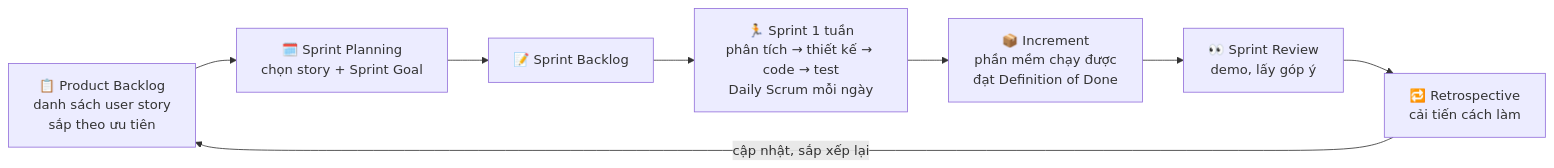
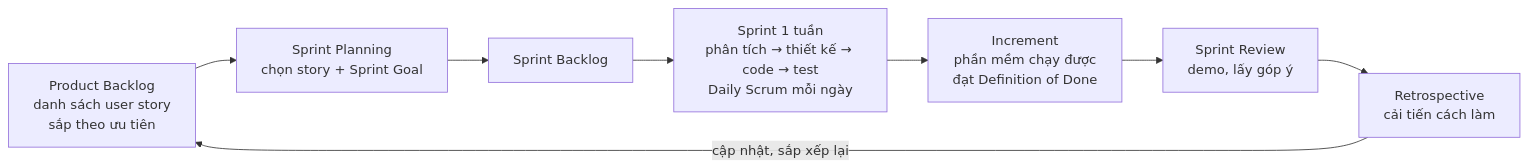
Before and after one commit to quangphuoc73/Phan_Mem_Quan_Ly_Test_Cases: the first of 3 diagrams in docs/00a_QuyTrinhAgile.md, drawn with Mermaid. The commit also changed 14 other files, not shown here.

First line of the commit message:
docs: vẽ lại ERD bằng draw.io từ schema.sql, đơn giản giao diện báo cáo

````diff
--- a/docs/00a_QuyTrinhAgile.md
+++ b/docs/00a_QuyTrinhAgile.md
@@ -27,10 +27,10 @@
 ```mermaid
 flowchart LR
-    PB["📋 Product Backlog<br/>danh sách user story<br/>sắp theo ưu tiên"] --> SP["🗓️ Sprint Planning<br/>chọn story + Sprint Goal"]
-    SP --> SB["📝 Sprint Backlog"]
-    SB --> S["🏃 Sprint 1 tuần<br/>phân tích → thiết kế → code → test<br/>Daily Scrum mỗi ngày"]
-    S --> INC["📦 Increment<br/>phần mềm chạy được<br/>đạt Definition of Done"]
-    INC --> RV["👀 Sprint Review<br/>demo, lấy góp ý"]
-    RV --> RT["🔁 Retrospective<br/>cải tiến cách làm"]
+    PB["Product Backlog<br/>danh sách user story<br/>sắp theo ưu tiên"] --> SP["Sprint Planning<br/>chọn story + Sprint Goal"]
+    SP --> SB["Sprint Backlog"]
+    SB --> S["Sprint 1 tuần<br/>phân tích → thiết kế → code → test<br/>Daily Scrum mỗi ngày"]
+    S --> INC["Increment<br/>phần mềm chạy được<br/>đạt Definition of Done"]
+    INC --> RV["Sprint Review<br/>demo, lấy góp ý"]
+    RV --> RT["Retrospective<br/>cải tiến cách làm"]
     RT -->|cập nhật, sắp xếp lại| PB
 ```
````
